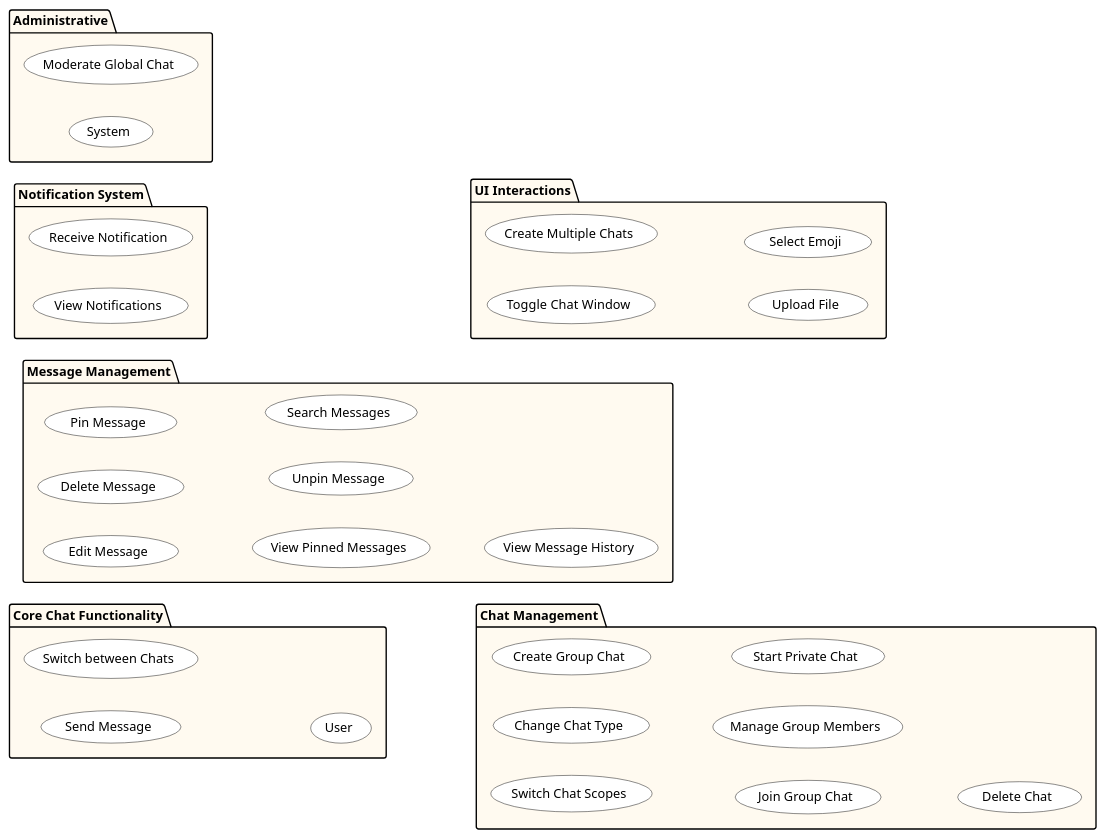
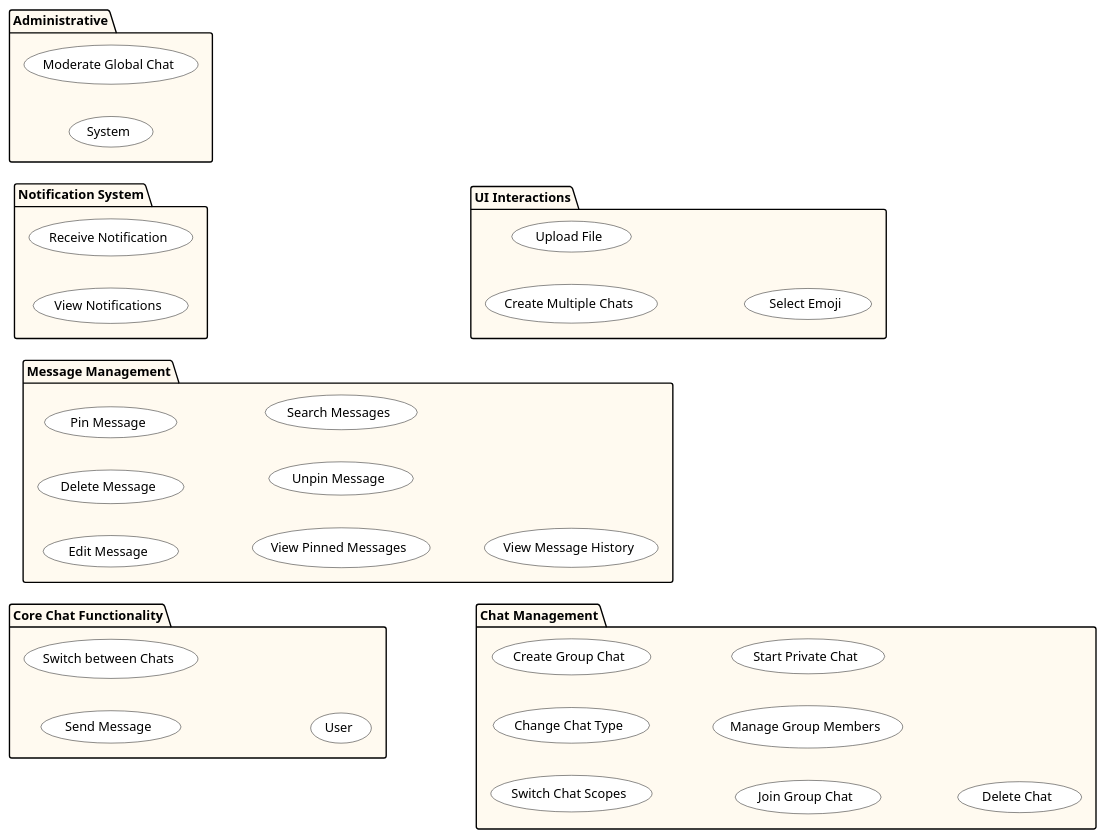
One commit to user5427/human-benchmark-PSI-2 changed the diagram in Documentation/LatexLab3/PlantUML/usecasePackage.puml. Above: the diagram before and after it, drawn with PlantUML. The commit also changed 4 other files, not shown here.

Commit message:
Update images for domain and package diagrams in LatexLab3 documentation

```diff
--- a/Documentation/LatexLab3/PlantUML/usecasePackage.puml
+++ b/Documentation/LatexLab3/PlantUML/usecasePackage.puml
@@ -1,61 +1,60 @@
 @startuml usecasePackage
 
 left to right direction
 
 skinparam package {
     BackgroundColor FloralWhite
     BorderColor Black
     FontStyle bold
 }
 
 skinparam usecase {
     BackgroundColor White
     BorderColor Black
     FontColor Black
 }
 
 package "Core Chat Functionality" {
     [Send Message] as (Send Message)
     [Switch between Chats] as (Switch between Chats)
     [User] as (User)
 }
 
 package "Message Management" {
     [Edit Message] as (Edit Message)
     [Delete Message] as (Delete Message)
     [Pin Message] as (Pin Message)
     [View Pinned Messages] as (View Pinned Messages)
     [Unpin Message] as (Unpin Message)
     [Search Messages] as (Search Messages)
     [View Message History] as (View Message History)
 }
 
 package "Chat Management" {
     [Switch Chat Scopes] as (Switch Chat Scopes)
     [Change Chat Type] as (Change Chat Type)
     [Create Group Chat] as (Create Group Chat)
     [Join Group Chat] as (Join Group Chat)
     [Manage Group Members] as (Manage Group Members)
     [Start Private Chat] as (Start Private Chat)
     [Delete Chat] as (Delete Chat)
 
 }
 
 package "Notification System" {
     [Receive Notification] as (Receive Notification)
     [View Notifications] as (View Notifications)
 }
 
 package "UI Interactions" {
-    [Toggle Chat Window] as (Toggle Chat Window)
     [Create Multiple Chats] as (Create Multiple Chats)
     [Upload File] as (Upload File)
     [Select Emoji] as (Select Emoji)
 }
 
 package "Administrative" {
     [Moderate Global Chat] as (Moderate Global Chat)
     [System] as (System)
 }
 
 @enduml
```
